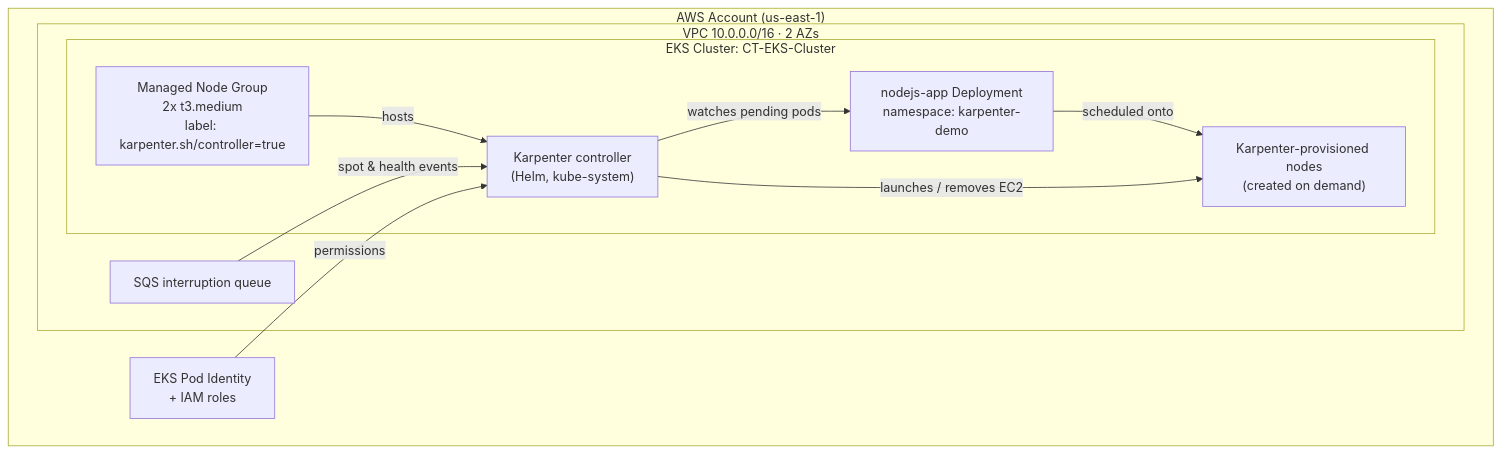
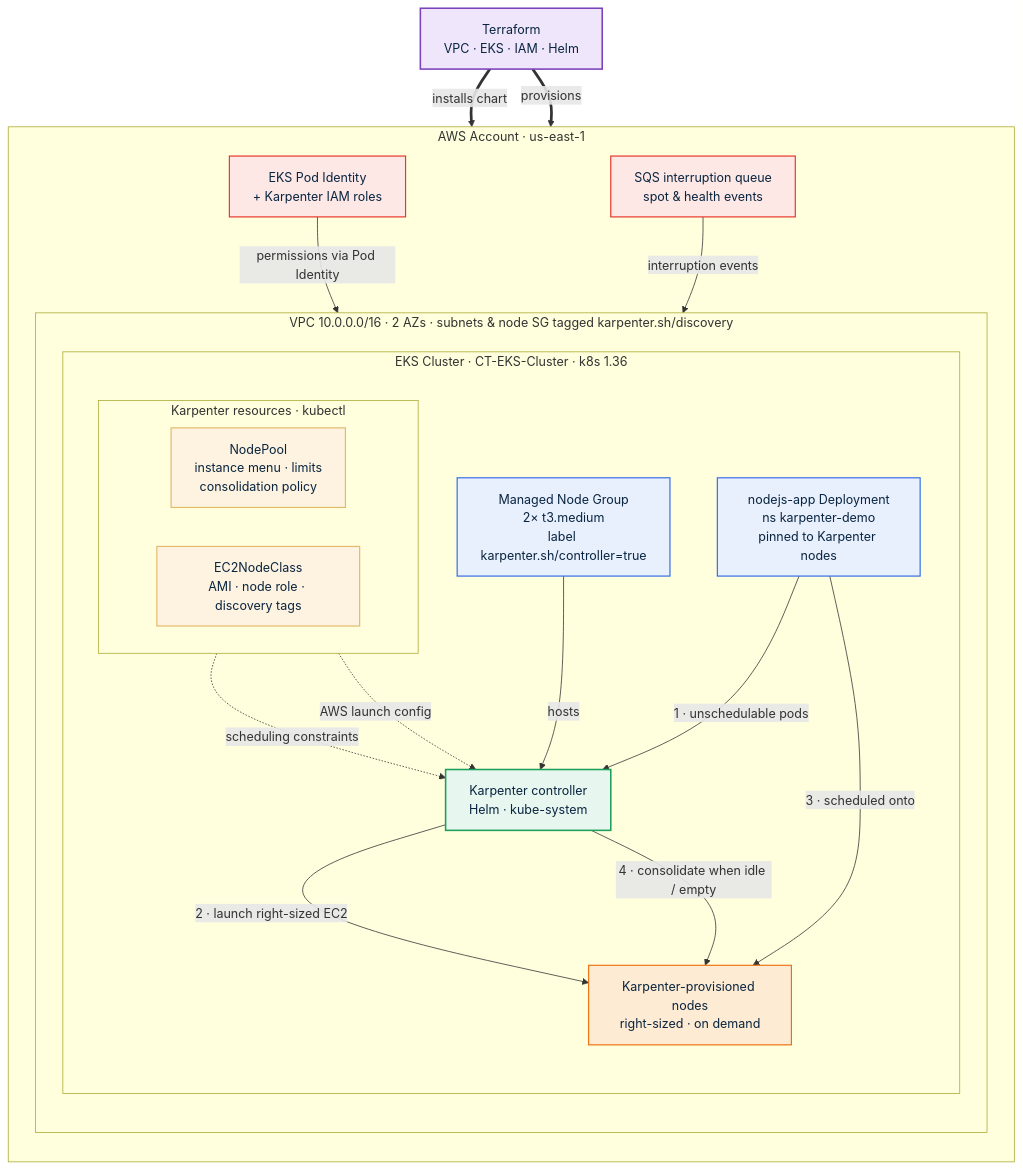
Before and after one commit to chinmayto/terraform-aws-eks-karpenter: the diagram in README.md, drawn with Mermaid. The commit also changed other lines of this file, not shown here.

````diff
--- a/README.md
+++ b/README.md
@@ -22,22 +14,49 @@
 ```mermaid
 flowchart TB
-    subgraph AWS["AWS Account (us-east-1)"]
-        subgraph VPC["VPC 10.0.0.0/16 · 2 AZs"]
-            subgraph EKS["EKS Cluster: CT-EKS-Cluster"]
-                MNG["Managed Node Group<br/>2x t3.medium<br/>label: karpenter.sh/controller=true"]
-                KC["Karpenter controller<br/>(Helm, kube-system)"]
-                KN["Karpenter-provisioned nodes<br/>(created on demand)"]
-                APP["nodejs-app Deployment<br/>namespace: karpenter-demo"]
+    classDef tf   fill:#efe6fb,stroke:#7b42bc,stroke-width:2px,color:#0a2540;
+    classDef iam  fill:#fde8e6,stroke:#e7352c,stroke-width:1.5px,color:#0a2540;
+    classDef k8s  fill:#e8f0fe,stroke:#326ce5,stroke-width:1.5px,color:#0a2540;
+    classDef karp fill:#e7f7ef,stroke:#1e9e5b,stroke-width:2px,color:#0a2540;
+    classDef crd  fill:#fdf3e0,stroke:#e3b96c,stroke-width:1.5px,color:#0a2540;
+    classDef ec2  fill:#fdebd3,stroke:#ec7211,stroke-width:1.5px,color:#0a2540;
+
+    TF["Terraform<br/>VPC · EKS · IAM · Helm"]:::tf
+
+    subgraph AWS["AWS Account · us-east-1"]
+        direction TB
+        PI["EKS Pod Identity<br/>+ Karpenter IAM roles"]:::iam
+        SQS["SQS interruption queue<br/>spot &amp; health events"]:::iam
+
+        subgraph VPC["VPC 10.0.0.0/16 · 2 AZs · subnets &amp; node SG tagged karpenter.sh/discovery"]
+            direction TB
+            subgraph EKS["EKS Cluster · CT-EKS-Cluster · k8s 1.36"]
+                direction TB
+                MNG["Managed Node Group<br/>2× t3.medium<br/>label karpenter.sh/controller=true"]:::k8s
+                KC["Karpenter controller<br/>Helm · kube-system"]:::karp
+
+                subgraph CRD["Karpenter resources · kubectl"]
+                    direction LR
+                    NP["NodePool<br/>instance menu · limits<br/>consolidation policy"]:::crd
+                    NC["EC2NodeClass<br/>AMI · node role · discovery tags"]:::crd
+                end
+
+                APP["nodejs-app Deployment<br/>ns karpenter-demo<br/>pinned to Karpenter nodes"]:::k8s
+                KN["Karpenter-provisioned nodes<br/>right-sized · on demand"]:::ec2
             end
-            SQS["SQS interruption queue"]
         end
-        PI["EKS Pod Identity<br/>+ IAM roles"]
     end
 
-    KC -->|watches pending pods| APP
-    KC -->|launches / removes EC2| KN
-    APP -->|scheduled onto| KN
-    SQS -->|spot & health events| KC
-    PI -->|permissions| KC
+    TF ==>|provisions| AWS
+    TF ==>|installs chart| KC
+
     MNG -->|hosts| KC
+    PI -->|permissions via Pod Identity| KC
+    SQS -->|interruption events| KC
+    NP -.->|scheduling constraints| KC
+    NC -.->|AWS launch config| KC
+
+    APP -->|1 · unschedulable pods| KC
+    KC -->|2 · launch right-sized EC2| KN
+    APP -->|3 · scheduled onto| KN
+    KC -->|4 · consolidate when idle / empty| KN
 ```
````
